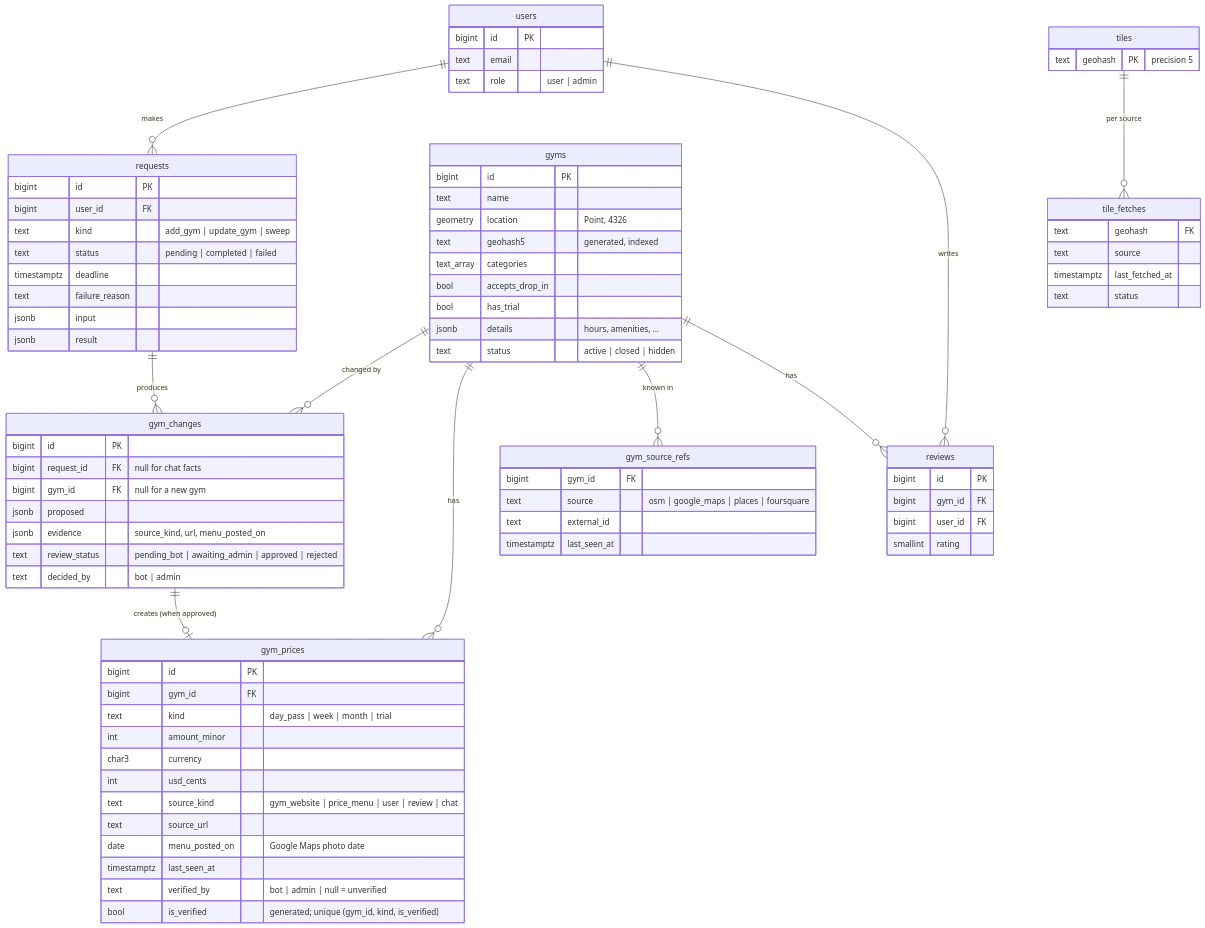
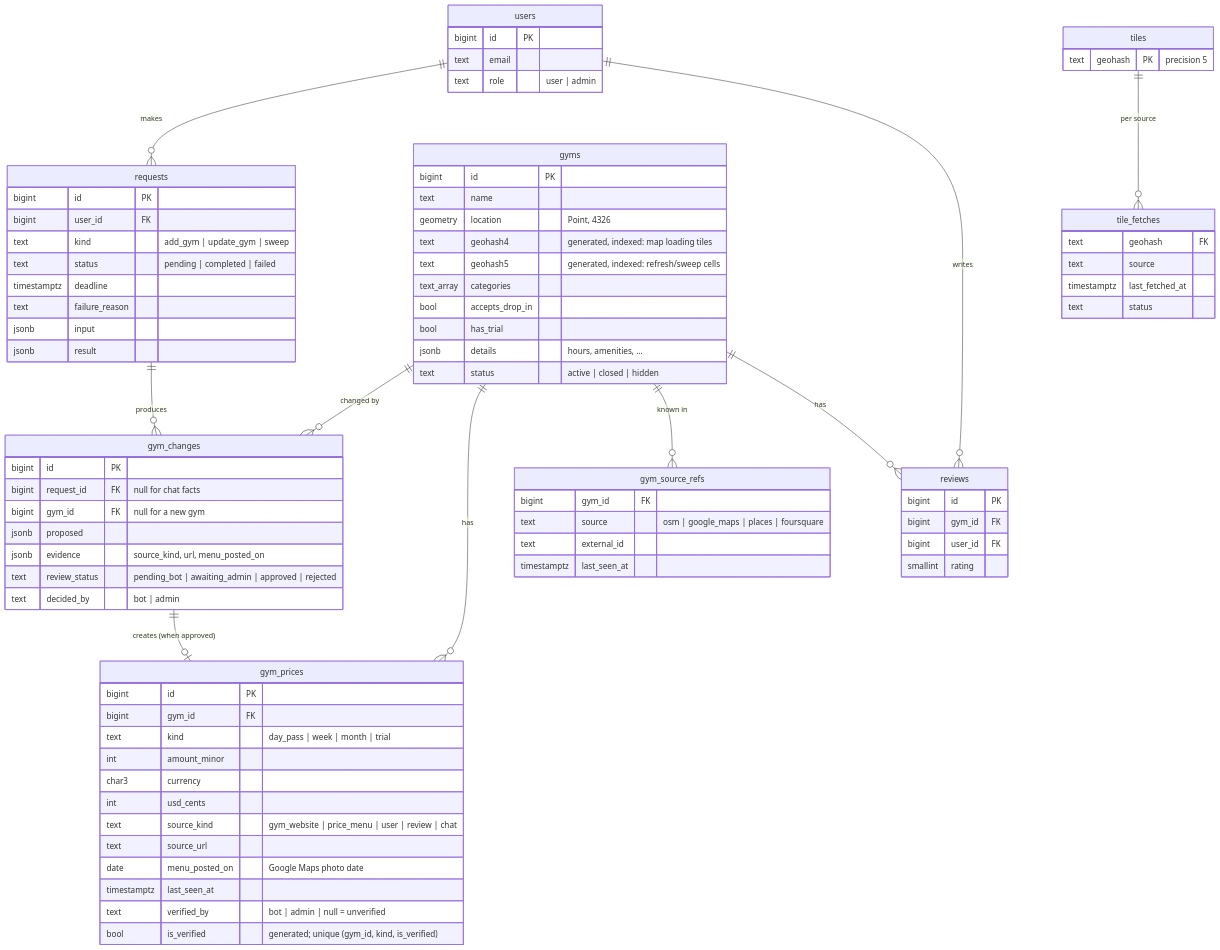
Before and after one commit to AbsentLung/TravelApp: the fourth of 8 diagrams in STACK_AND_SCHEMA.md, drawn with Mermaid. The commit also changed other lines of this file and 2 other files, not shown here.

First line of the commit message:
Record remaining API decisions: geohash4 loading tiles, Google + Facebook login (Apple before iOS release)

```diff
--- a/STACK_AND_SCHEMA.md
+++ b/STACK_AND_SCHEMA.md
@@ -254,7 +254,8 @@
         bigint id PK
         text name
         geometry location "Point, 4326"
-        text geohash5 "generated, indexed"
+        text geohash4 "generated, indexed: map loading tiles"
+        text geohash5 "generated, indexed: refresh/sweep cells"
         text_array categories
         bool accepts_drop_in
         bool has_trial
```
